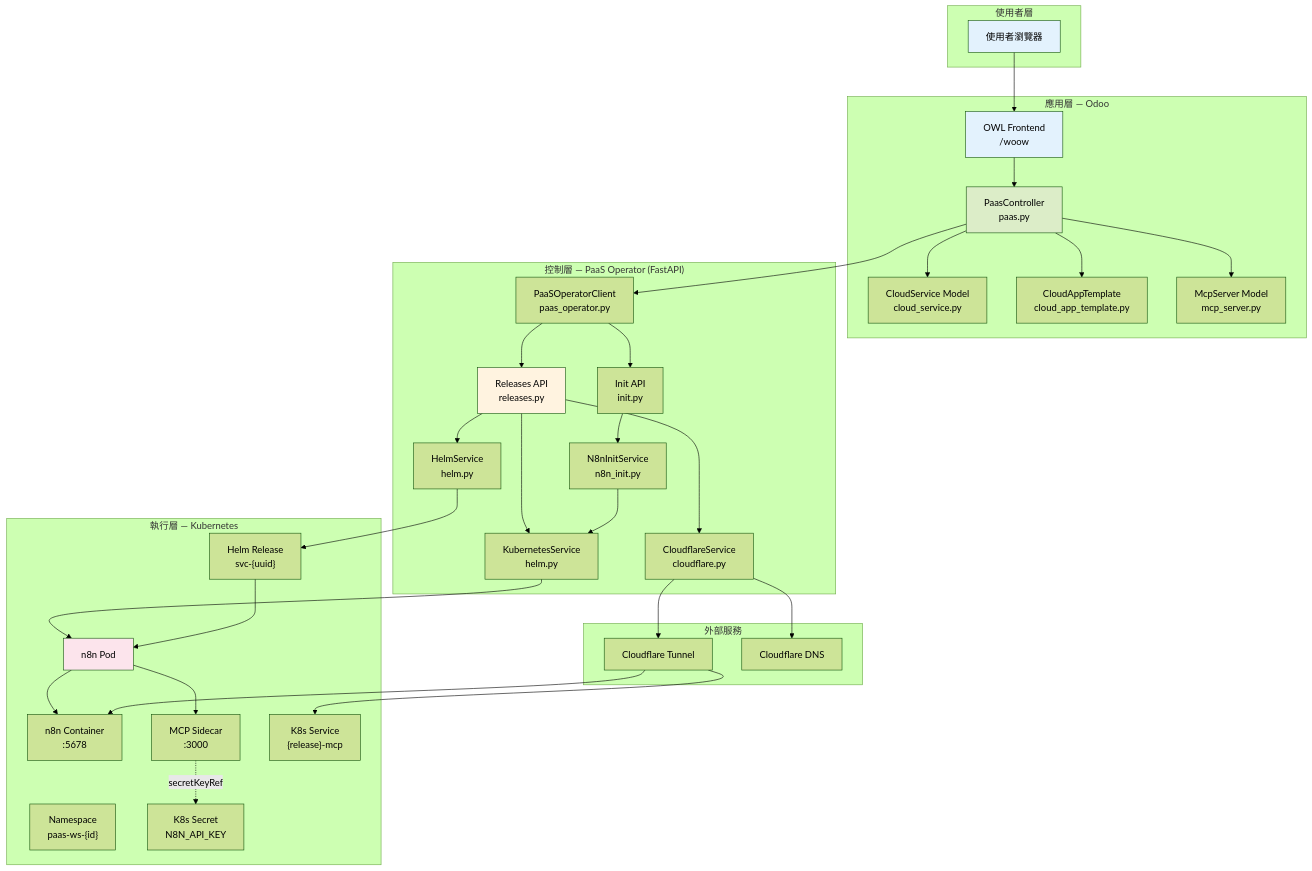
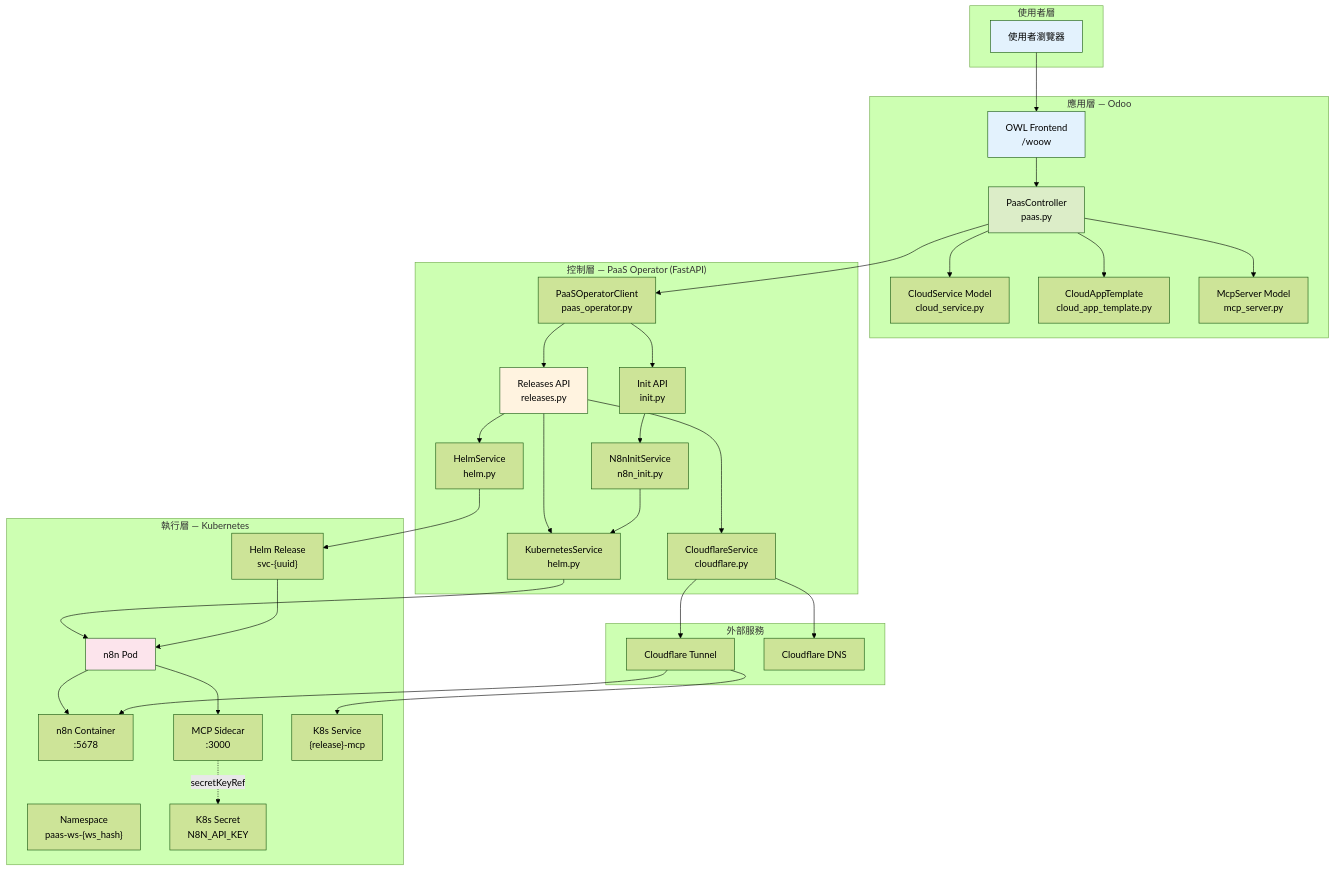
Before and after one commit to WOOWTECH/odoo-addon-woow-paas-platform: the first of 11 diagrams in docs/reference/architecture/n8n-cloud-service-lifecycle.md, drawn with Mermaid (forest theme). The commit also changed other lines of this file and 15 other files, not shown here.

````diff
--- a/docs/reference/architecture/n8n-cloud-service-lifecycle.md
+++ b/docs/reference/architecture/n8n-cloud-service-lifecycle.md
@@ -36,69 +36,69 @@
 ```mermaid
 graph TB
     subgraph "使用者層"
         User["使用者瀏覽器"]
     end
 
     subgraph "應用層 — Odoo"
         OWL["OWL Frontend<br/>/woow"]
         Controller["PaasController<br/>paas.py"]
         CloudService["CloudService Model<br/>cloud_service.py"]
         Template["CloudAppTemplate<br/>cloud_app_template.py"]
         McpServerModel["McpServer Model<br/>mcp_server.py"]
     end
 
     subgraph "控制層 — PaaS Operator (FastAPI)"
         OperatorClient["PaaSOperatorClient<br/>paas_operator.py"]
         ReleasesAPI["Releases API<br/>releases.py"]
         InitAPI["Init API<br/>init.py"]
         HelmSvc["HelmService<br/>helm.py"]
         K8sSvc["KubernetesService<br/>helm.py"]
         CfSvc["CloudflareService<br/>cloudflare.py"]
         N8nInit["N8nInitService<br/>n8n_init.py"]
     end
 
     subgraph "執行層 — Kubernetes"
-        NS["Namespace<br/>paas-ws-{id}"]
+        NS["Namespace<br/>paas-ws-{ws_hash}"]
         HelmRelease["Helm Release<br/>svc-{uuid}"]
         N8nPod["n8n Pod"]
         N8nContainer["n8n Container<br/>:5678"]
         McpSidecar["MCP Sidecar<br/>:3000"]
         K8sSecret["K8s Secret<br/>N8N_API_KEY"]
         McpK8sSvc["K8s Service<br/>{release}-mcp"]
     end
 
     subgraph "外部服務"
         CF["Cloudflare Tunnel"]
         DNS["Cloudflare DNS"]
     end
 
     User --> OWL
     OWL --> Controller
     Controller --> CloudService
     Controller --> Template
     Controller --> OperatorClient
     OperatorClient --> ReleasesAPI
     OperatorClient --> InitAPI
     ReleasesAPI --> HelmSvc
     ReleasesAPI --> K8sSvc
     ReleasesAPI --> CfSvc
     InitAPI --> N8nInit
     N8nInit --> K8sSvc
     HelmSvc --> HelmRelease
     K8sSvc --> N8nPod
     CfSvc --> CF
     CfSvc --> DNS
     HelmRelease --> N8nPod
     N8nPod --> N8nContainer
     N8nPod --> McpSidecar
     McpSidecar -.->|secretKeyRef| K8sSecret
     CF --> McpK8sSvc
     CF --> N8nContainer
     Controller --> McpServerModel
 
     style User fill:#e3f2fd
     style OWL fill:#e3f2fd
     style Controller fill:#dcedc8
     style ReleasesAPI fill:#fff3e0
     style N8nPod fill:#fce4ec
 ```
````
